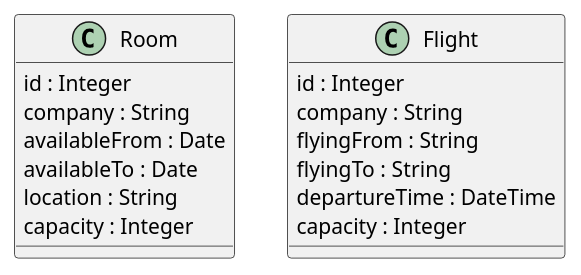
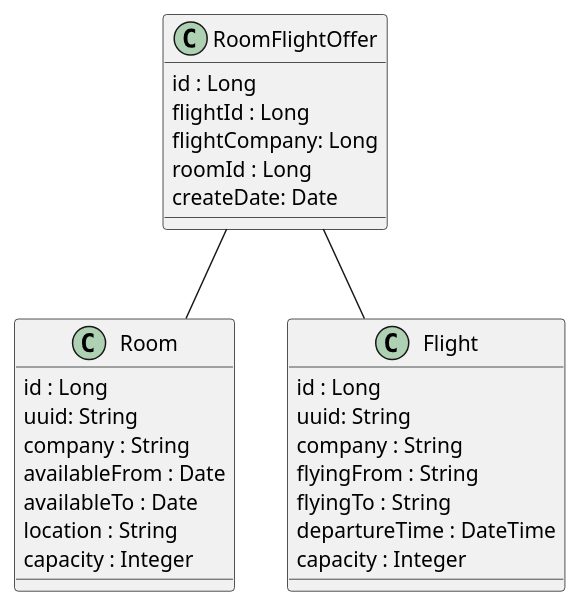
The diagram in last-minute-doc/diagrams/classes.puml (jounnie/ibz_norm-case-study), drawn with PlantUML before and after one commit. The commit also changed 14 other files, not shown here.

```diff
--- a/last-minute-doc/diagrams/classes.puml
+++ b/last-minute-doc/diagrams/classes.puml
@@ -1,19 +1,32 @@
 @startuml classes
 class Room {
-    id : Integer
+    id : Long
+    uuid: String
     company : String
     availableFrom : Date
     availableTo : Date
     location : String
     capacity : Integer
 }
 
 class Flight {
-    id : Integer
+    id : Long
+    uuid: String
     company : String
     flyingFrom : String
     flyingTo : String
     departureTime : DateTime
     capacity : Integer
 }
+
+class RoomFlightOffer {
+    id : Long
+    flightId : Long
+    flightCompany: Long
+    roomId : Long
+    createDate: Date
+}
+
+RoomFlightOffer -- Room
+RoomFlightOffer -- Flight
 @enduml
```
